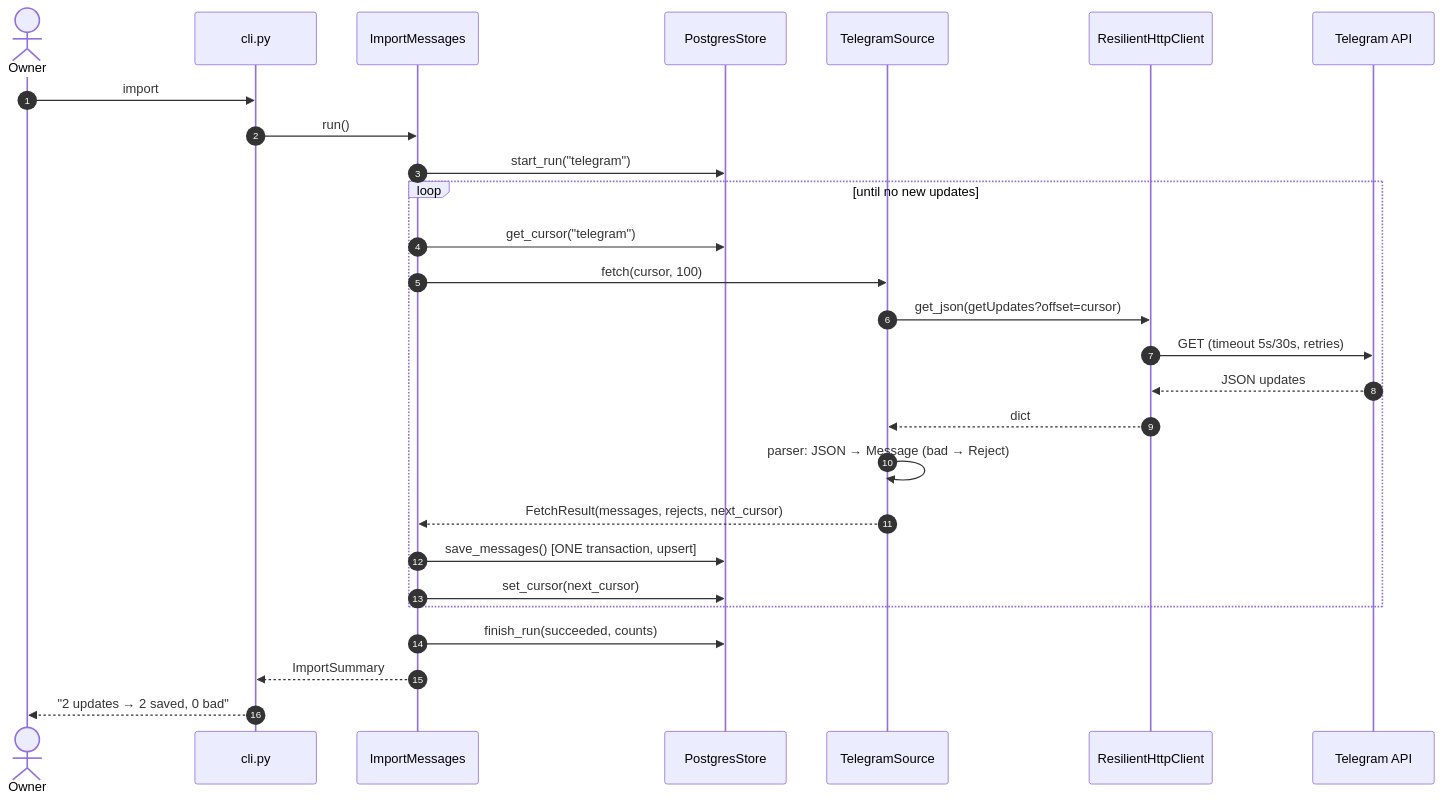
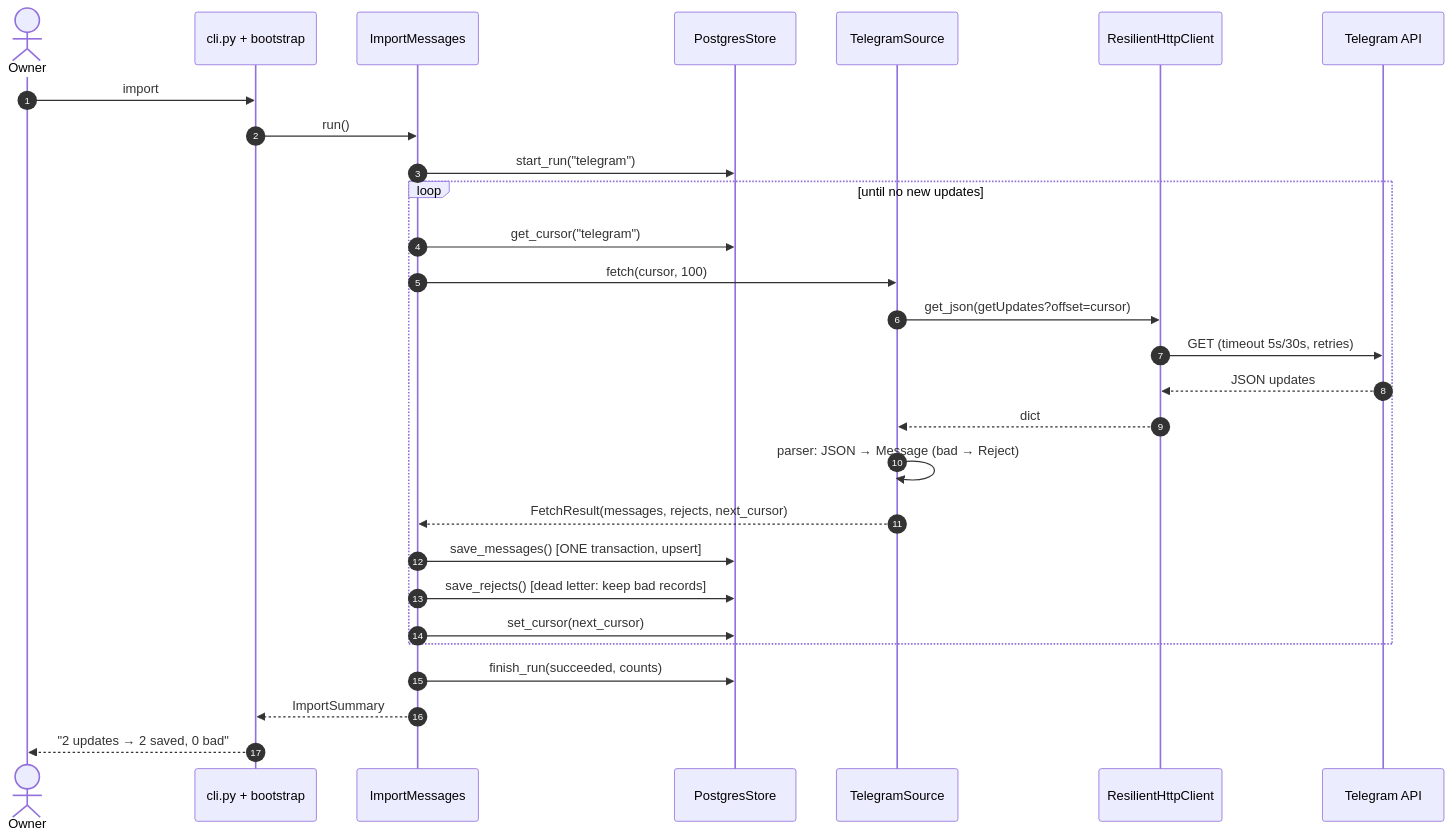
One commit to Ify-O/kiakia changed the fourth of 9 diagrams in docs/ARCHITECTURE.md. Above: the diagram before and after it, drawn with Mermaid. The commit also changed other lines of this file and 2 other files, not shown here.

First line of the commit message:
Update diagrams and docs for Sprint 2

````diff
--- a/docs/ARCHITECTURE.md
+++ b/docs/ARCHITECTURE.md
@@ -152,30 +166,31 @@
 ```mermaid
 sequenceDiagram
     autonumber
     actor Owner
-    participant CLI as cli.py
+    participant CLI as cli.py + bootstrap
     participant UC as ImportMessages
     participant DB as PostgresStore
     participant SRC as TelegramSource
     participant HTTP as ResilientHttpClient
     participant TG as Telegram API
 
     Owner->>CLI: import
     CLI->>UC: run()
     UC->>DB: start_run("telegram")
     loop until no new updates
         UC->>DB: get_cursor("telegram")
         UC->>SRC: fetch(cursor, 100)
         SRC->>HTTP: get_json(getUpdates?offset=cursor)
         HTTP->>TG: GET (timeout 5s/30s, retries)
         TG-->>HTTP: JSON updates
         HTTP-->>SRC: dict
         SRC->>SRC: parser: JSON → Message (bad → Reject)
         SRC-->>UC: FetchResult(messages, rejects, next_cursor)
         UC->>DB: save_messages() [ONE transaction, upsert]
+        UC->>DB: save_rejects() [dead letter: keep bad records]
         UC->>DB: set_cursor(next_cursor)
     end
     UC->>DB: finish_run(succeeded, counts)
     UC-->>CLI: ImportSummary
     CLI-->>Owner: "2 updates → 2 saved, 0 bad"
 ```
````
